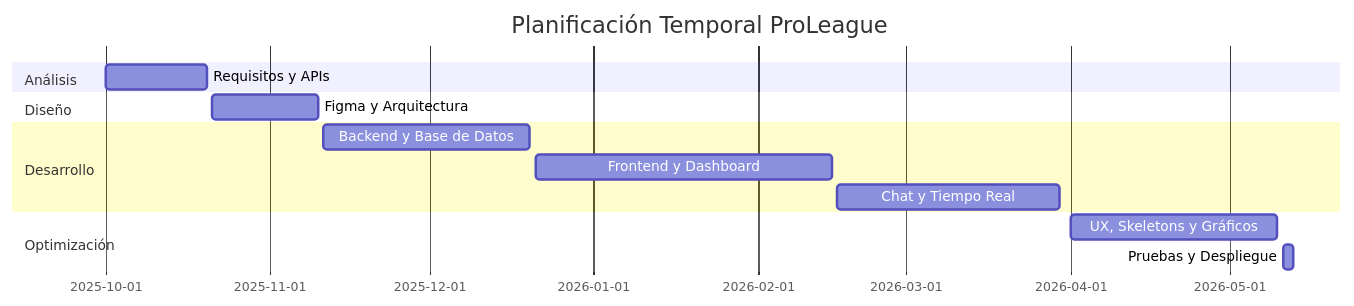
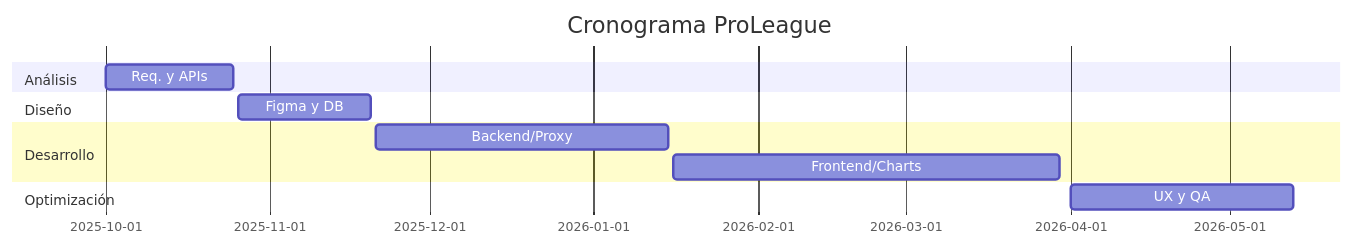
One commit to Panterr70/ProyectoProLeagueDespliegue changed the diagram in ProLeaguePrincipal/MEMORIA_ACTUALIZADA.md. Above: the diagram before and after it, drawn with Mermaid. The commit also changed other lines of this file, not shown here.

Commit message:
Requisitos NF

````diff
--- a/ProLeaguePrincipal/MEMORIA_ACTUALIZADA.md
+++ b/ProLeaguePrincipal/MEMORIA_ACTUALIZADA.md
@@ -133,16 +112,14 @@
 ```mermaid
 gantt
-    title Planificación Temporal ProLeague
+    title Cronograma ProLeague
     dateFormat  YYYY-MM-DD
     section Análisis
-    Requisitos y APIs          :2025-10-01, 2025-10-20
+    Req. y APIs          :2025-10-01, 2025-10-25
     section Diseño
-    Figma y Arquitectura       :2025-10-21, 2025-11-10
+    Figma y DB           :2025-10-26, 2025-11-20
     section Desarrollo
-    Backend y Base de Datos    :2025-11-11, 2025-12-20
-    Frontend y Dashboard       :2025-12-21, 2026-02-15
-    Chat y Tiempo Real         :2026-02-16, 2026-03-30
+    Backend/Proxy        :2025-11-21, 2026-01-15
+    Frontend/Charts      :2026-01-16, 2026-03-30
     section Optimización
-    UX, Skeletons y Gráficos   :2026-04-01, 2026-05-10
-    Pruebas y Despliegue       :2026-05-11, 2026-05-13
+    UX y QA              :2026-04-01, 2026-05-13
 ```
````
